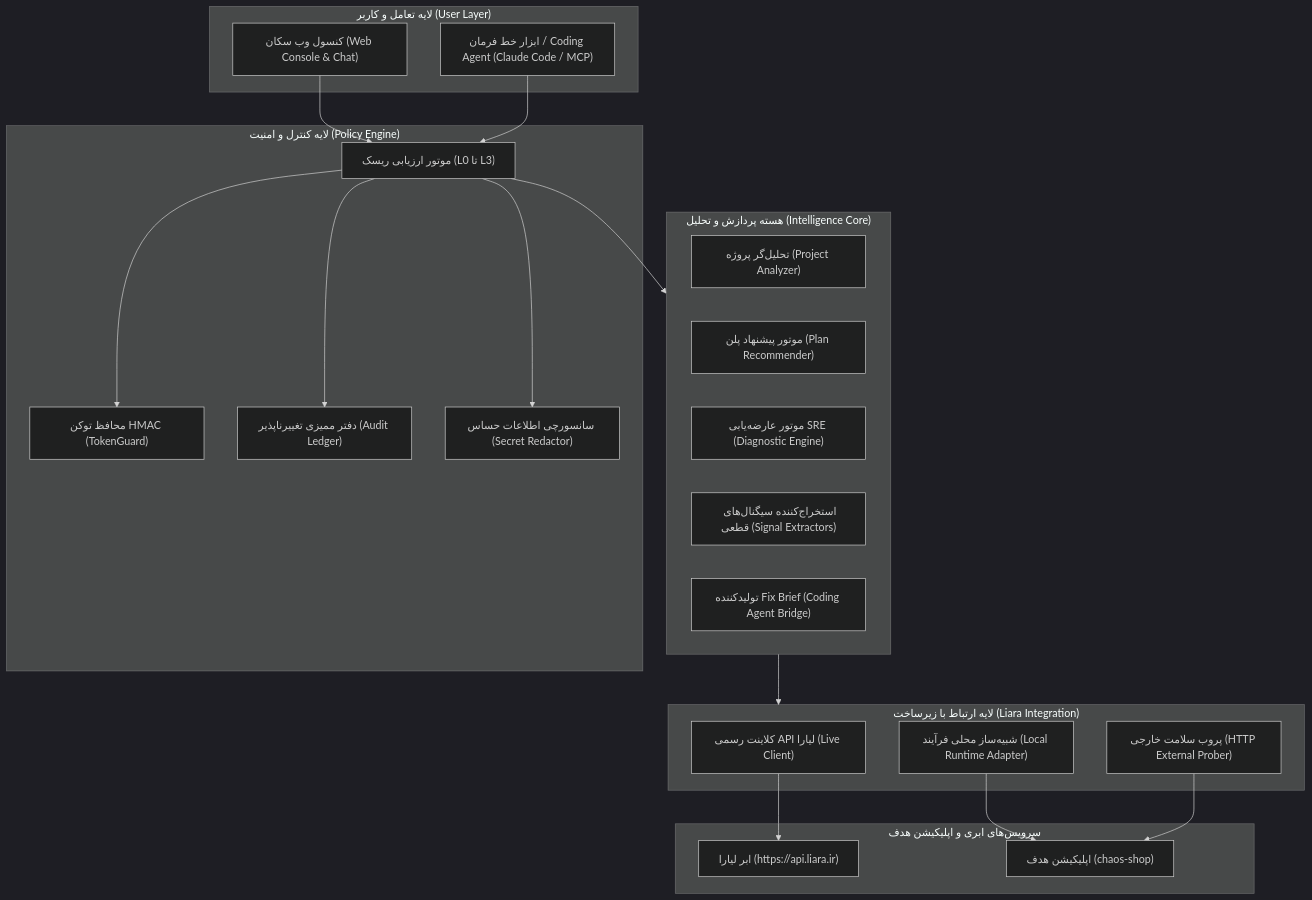
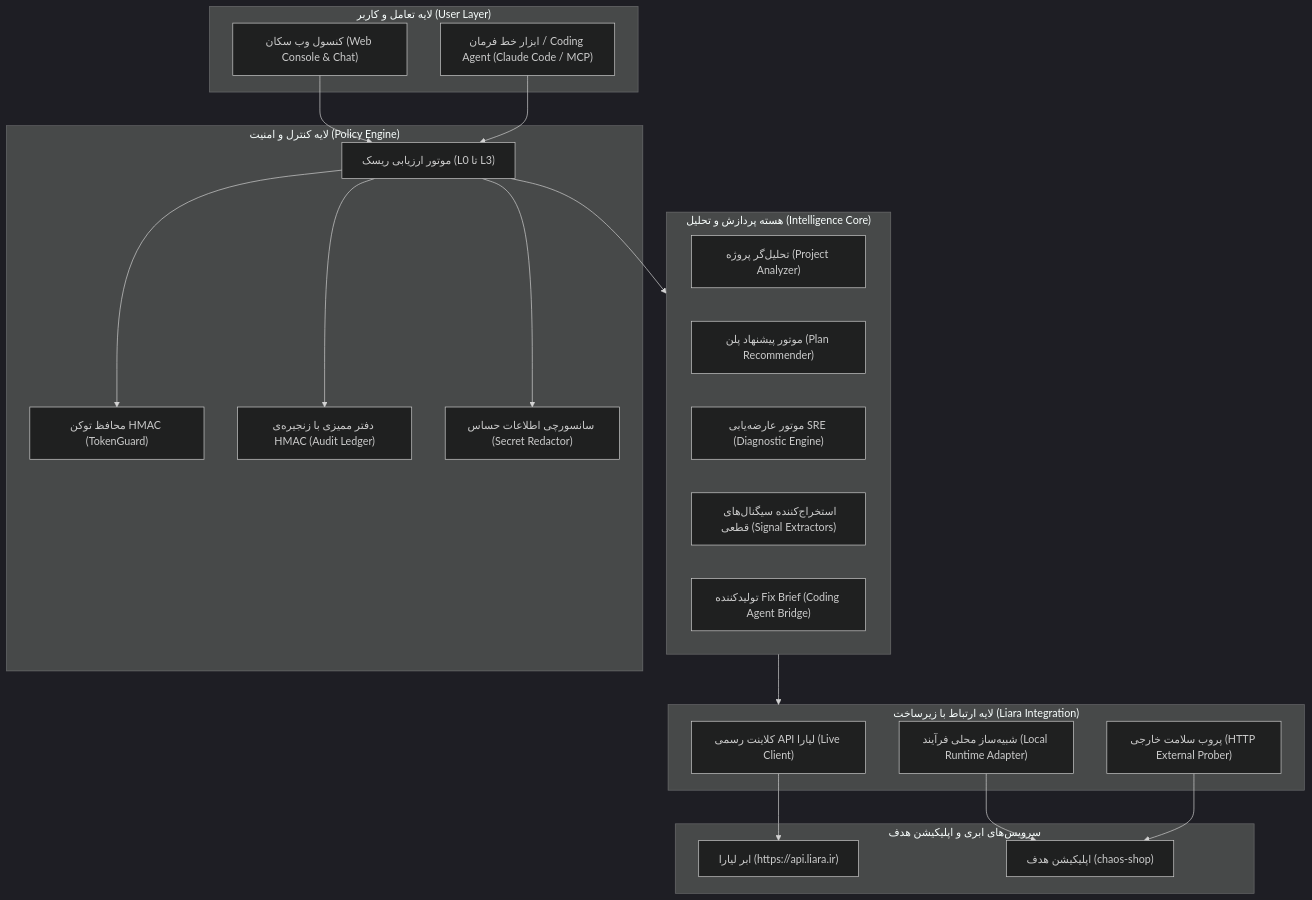
Before and after one commit to AlacrityAgency/liara: the diagram in docs/ARCHITECTURE.md, drawn with Mermaid (dark theme). The commit also changed other lines of this file and 19 other files, not shown here.

````diff
--- a/docs/ARCHITECTURE.md
+++ b/docs/ARCHITECTURE.md
@@ -14,40 +14,40 @@
 ```mermaid
 flowchart TB
     subgraph Client["لایه تعامل و کاربر (User Layer)"]
         UI["کنسول وب سکان (Web Console & Chat)"]
         CLI["ابزار خط فرمان / Coding Agent (Claude Code / MCP)"]
     end
 
     subgraph Security["لایه کنترل و امنیت (Policy Engine)"]
         PE["موتور ارزیابی ریسک (L0 تا L3)"]
         TG["محافظ توکن HMAC (TokenGuard)"]
-        AL["دفتر ممیزی تغییرناپذیر (Audit Ledger)"]
+        AL["دفتر ممیزی با زنجیره‌ی HMAC (Audit Ledger)"]
         SR["سانسورچی اطلاعات حساس (Secret Redactor)"]
     end
 
     subgraph Core["هسته پردازش و تحلیل (Intelligence Core)"]
         PA["تحلیل‌گر پروژه (Project Analyzer)"]
         PR["موتور پیشنهاد پلن (Plan Recommender)"]
         DE["موتور عارضه‌یابی SRE (Diagnostic Engine)"]
         SE["استخراج‌کننده سیگنال‌های قطعی (Signal Extractors)"]
         FB["تولیدکننده Fix Brief (Coding Agent Bridge)"]
     end
 
     subgraph Integration["لایه ارتباط با زیرساخت (Liara Integration)"]
         LC["کلاینت رسمی API لیارا (Live Client)"]
         LRA["شبیه‌ساز محلی فرآیند (Local Runtime Adapter)"]
         HP["پروب سلامت خارجی (HTTP External Prober)"]
     end
 
     subgraph Target["سرویس‌های ابری و اپلیکیشن هدف"]
         LiaraCloud["ابر لیارا (https://api.liara.ir)"]
         ChaosShop["اپلیکیشن هدف (chaos-shop)"]
     end
 
     UI & CLI --> PE
     PE --> TG & AL & SR
     PE --> Core
     Core --> Integration
     LC --> LiaraCloud
     LRA & HP --> ChaosShop
 ```
````
